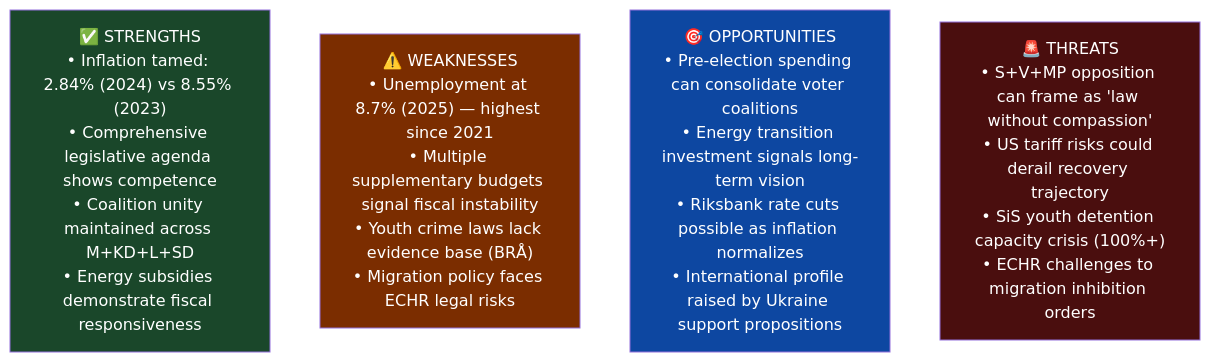
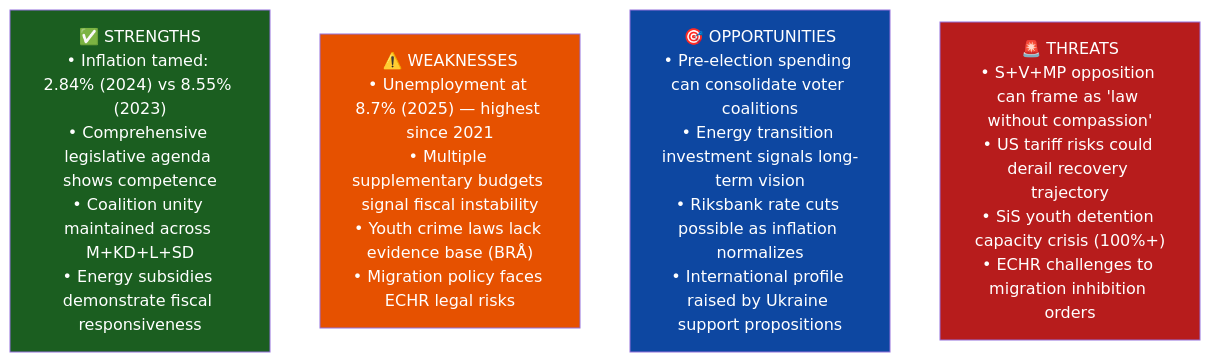
One commit to Hack23/riksdagsmonitor changed the diagram in analysis/daily/2026-04-18/realtime-1705/swot-analysis.md. Above: the diagram before and after it, drawn with Mermaid. The commit also changed 121 other files, not shown here.

````diff
--- a/analysis/daily/2026-04-18/realtime-1705/swot-analysis.md
+++ b/analysis/daily/2026-04-18/realtime-1705/swot-analysis.md
@@ -6,12 +6,12 @@
 ```mermaid
 graph TD
     S["✅ STRENGTHS\n• Inflation tamed: 2.84% (2024) vs 8.55% (2023)\n• Comprehensive legislative agenda shows competence\n• Coalition unity maintained across M+KD+L+SD\n• Energy subsidies demonstrate fiscal responsiveness"]:::strength
     W["⚠️ WEAKNESSES\n• Unemployment at 8.7% (2025) — highest since 2021\n• Multiple supplementary budgets signal fiscal instability\n• Youth crime laws lack evidence base (BRÅ)\n• Migration policy faces ECHR legal risks"]:::weakness
     O["🎯 OPPORTUNITIES\n• Pre-election spending can consolidate voter coalitions\n• Energy transition investment signals long-term vision\n• Riksbank rate cuts possible as inflation normalizes\n• International profile raised by Ukraine support propositions"]:::opportunity
     T["🚨 THREATS\n• S+V+MP opposition can frame as 'law without compassion'\n• US tariff risks could derail recovery trajectory\n• SiS youth detention capacity crisis (100%+)\n• ECHR challenges to migration inhibition orders"]:::threat
     
-    style S fill:#1a472a,color:#FFFFFF
-    style W fill:#7b2d00,color:#FFFFFF
+    style S fill:#1B5E20,color:#FFFFFF
+    style W fill:#E65100,color:#FFFFFF
     style O fill:#0D47A1,color:#FFFFFF
-    style T fill:#4a0e0e,color:#FFFFFF
+    style T fill:#B71C1C,color:#FFFFFF
 ```
````
